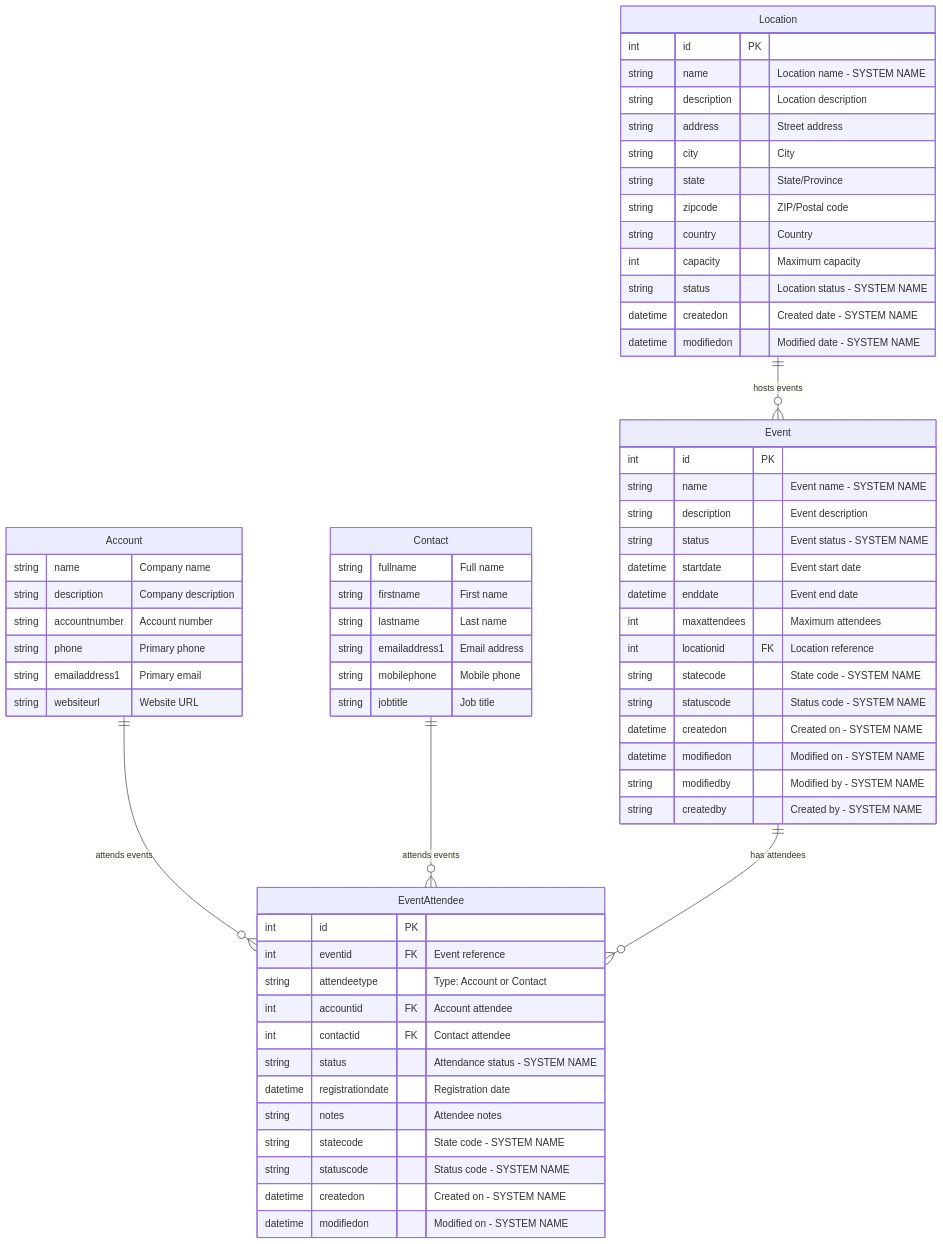
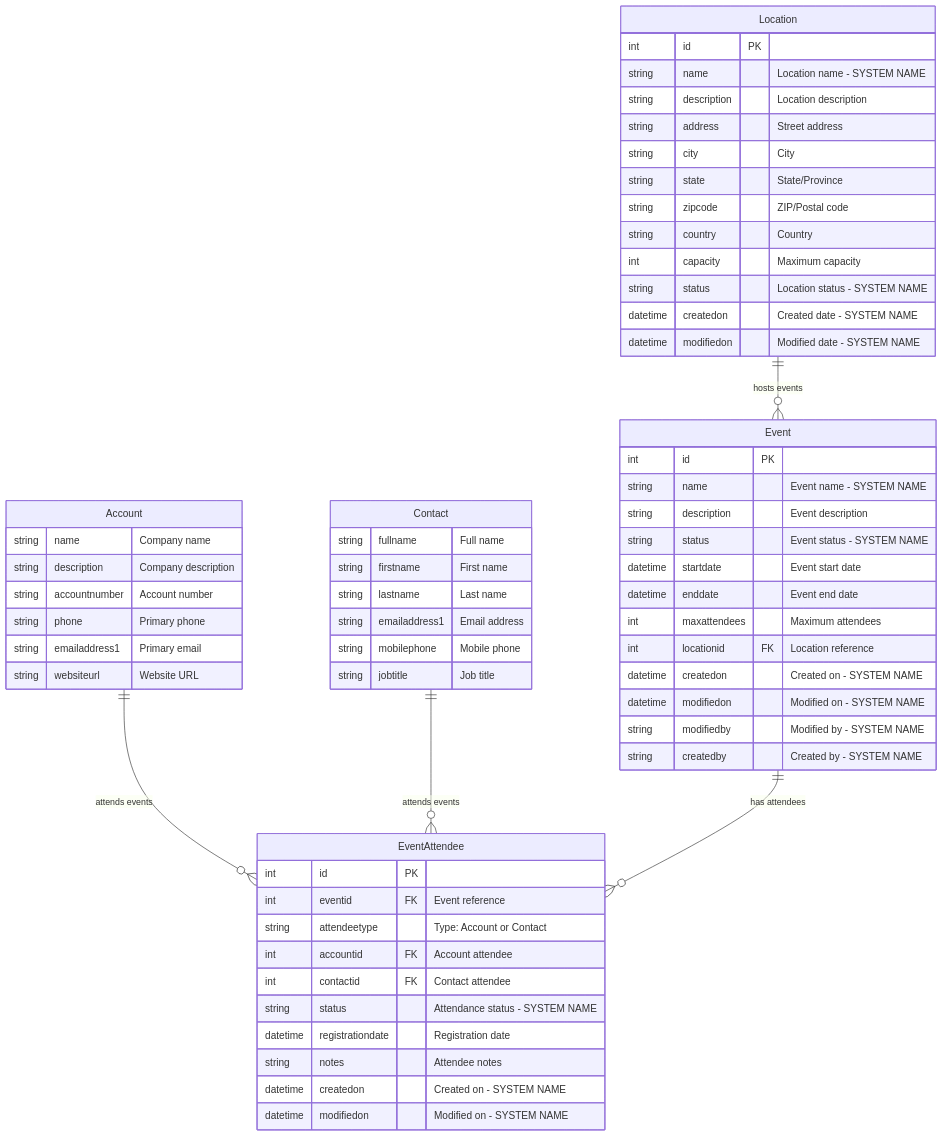
The diagram in examples/cdm-mixed-advanced.mmd (LuiseFreese/mermaid), drawn with Mermaid before and after one commit. The commit also changed 30 other files, not shown here.

```diff
--- a/examples/cdm-mixed-advanced.mmd
+++ b/examples/cdm-mixed-advanced.mmd
@@ -1,74 +1,70 @@
 erDiagram
     %% CDM Entities (will be detected and integrated - attributes will be ignored)
     Account {
         string name "Company name"
         string description "Company description"
         string accountnumber "Account number"
         string phone "Primary phone"
         string emailaddress1 "Primary email"
         string websiteurl "Website URL"
     }
 
     Contact {
         string fullname "Full name"
         string firstname "First name"
         string lastname "Last name"
         string emailaddress1 "Email address"
         string mobilephone "Mobile phone"
         string jobtitle "Job title"
     }
 
     %% Custom Entities (will be created)
     Event {
         int id PK
         string name "Event name - SYSTEM NAME"
         string description "Event description"
         string status "Event status - SYSTEM NAME"
         datetime startdate "Event start date"
         datetime enddate "Event end date"
         int maxattendees "Maximum attendees"
         int locationid FK "Location reference"
-        string statecode "State code - SYSTEM NAME"
-        string statuscode "Status code - SYSTEM NAME"
         datetime createdon "Created on - SYSTEM NAME"
         datetime modifiedon "Modified on - SYSTEM NAME"
         string modifiedby "Modified by - SYSTEM NAME"
         string createdby "Created by - SYSTEM NAME"
     }
 
     Location {
         int id PK
         string name "Location name - SYSTEM NAME"
         string description "Location description"
         string address "Street address"
         string city "City"
         string state "State/Province"
         string zipcode "ZIP/Postal code"
         string country "Country"
         int capacity "Maximum capacity"
         string status "Location status - SYSTEM NAME"
         datetime createdon "Created date - SYSTEM NAME"
         datetime modifiedon "Modified date - SYSTEM NAME"
     }
 
     %% Intersection/Junction Table (Many-to-Many)
     EventAttendee {
         int id PK
         int eventid FK "Event reference"
         string attendeetype "Type: Account or Contact"
         int accountid FK "Account attendee"
         int contactid FK "Contact attendee"
         string status "Attendance status - SYSTEM NAME"
         datetime registrationdate "Registration date"
         string notes "Attendee notes"
-        string statecode "State code - SYSTEM NAME"
-        string statuscode "Status code - SYSTEM NAME"
         datetime createdon "Created on - SYSTEM NAME"
         datetime modifiedon "Modified on - SYSTEM NAME"
     }
 
     %% Relationships
     Account ||--o{ EventAttendee : "attends events"
     Contact ||--o{ EventAttendee : "attends events"
     Event ||--o{ EventAttendee : "has attendees"
     Location ||--o{ Event : "hosts events"
```
